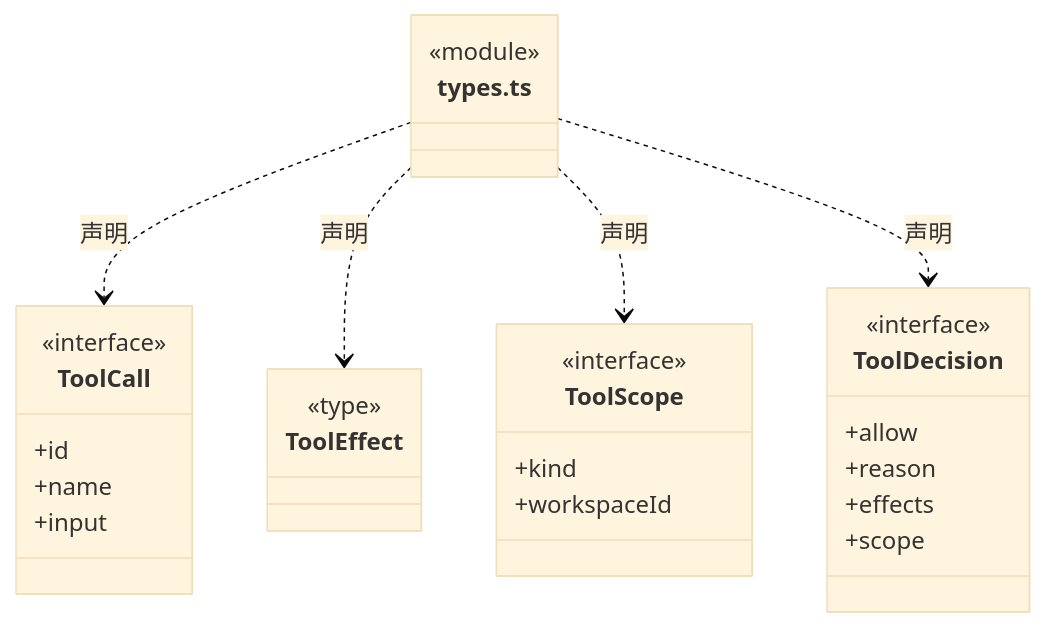
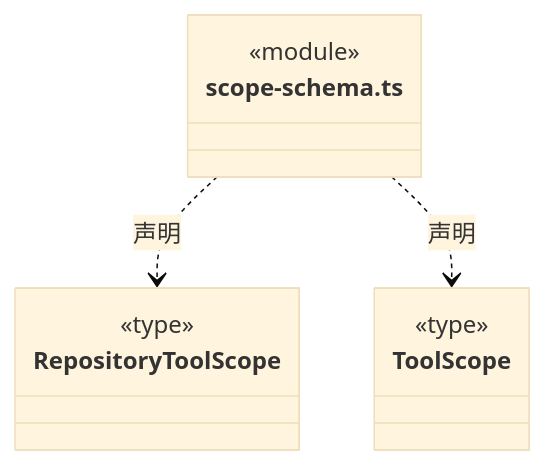
One commit to nan023062/cbim changed the eighth of 12 diagrams in src/backend/core/tools/ARCHITECTURE.md. Above: the diagram before and after it, drawn with Mermaid (base theme). The commit also changed other lines of this file and 62 other files, not shown here.

````diff
--- a/src/backend/core/tools/ARCHITECTURE.md
+++ b/src/backend/core/tools/ARCHITECTURE.md
@@ -172,32 +173,16 @@
 ```mermaid
 classDiagram
-class N_src_backend_core_tools_types_ts["types.ts"] {
+class N_src_backend_core_tools_scope_schema_ts["scope-schema.ts"] {
   <<module>>
 }
-class N_src_backend_core_tools_types_ts_ToolCall["ToolCall"] {
-  <<interface>>
-  +id
-  +name
-  +input
-}
-N_src_backend_core_tools_types_ts ..> N_src_backend_core_tools_types_ts_ToolCall : 声明
-class N_src_backend_core_tools_types_ts_ToolEffect["ToolEffect"] {
+class N_src_backend_core_tools_scope_schema_ts_RepositoryToolScope["RepositoryToolScope"] {
   <<type>>
 
 }
-N_src_backend_core_tools_types_ts ..> N_src_backend_core_tools_types_ts_ToolEffect : 声明
-class N_src_backend_core_tools_types_ts_ToolScope["ToolScope"] {
-  <<interface>>
-  +kind
-  +workspaceId
+N_src_backend_core_tools_scope_schema_ts ..> N_src_backend_core_tools_scope_schema_ts_RepositoryToolScope : 声明
+class N_src_backend_core_tools_scope_schema_ts_ToolScope["ToolScope"] {
+  <<type>>
+
 }
-N_src_backend_core_tools_types_ts ..> N_src_backend_core_tools_types_ts_ToolScope : 声明
-class N_src_backend_core_tools_types_ts_ToolDecision["ToolDecision"] {
-  <<interface>>
-  +allow
-  +reason
-  +effects
-  +scope
-}
-N_src_backend_core_tools_types_ts ..> N_src_backend_core_tools_types_ts_ToolDecision : 声明
+N_src_backend_core_tools_scope_schema_ts ..> N_src_backend_core_tools_scope_schema_ts_ToolScope : 声明
 ```
````
